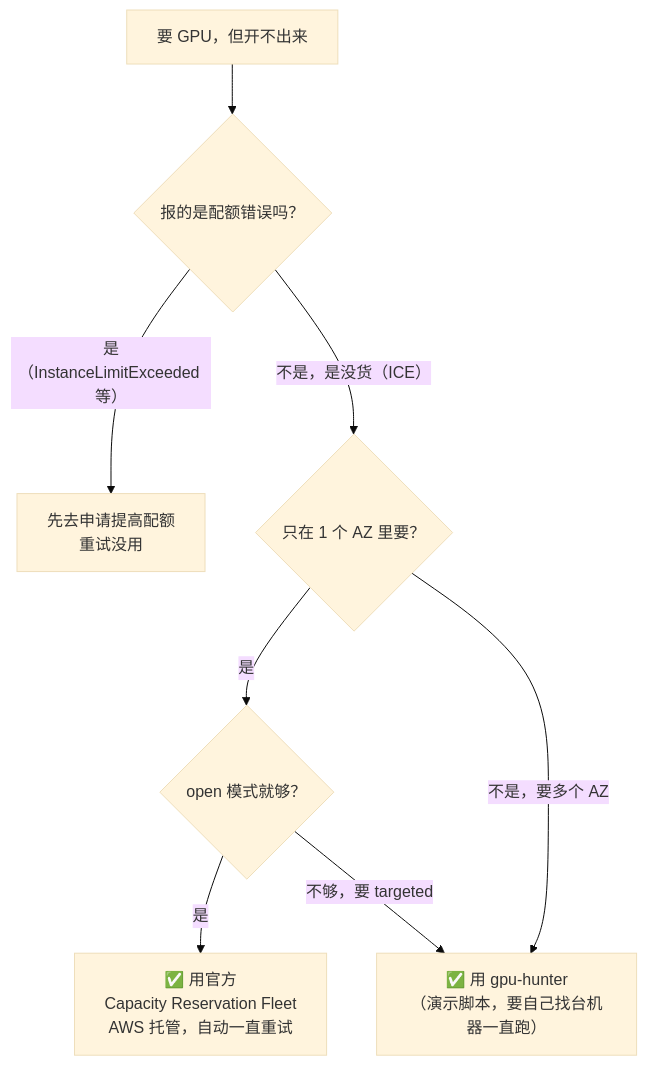
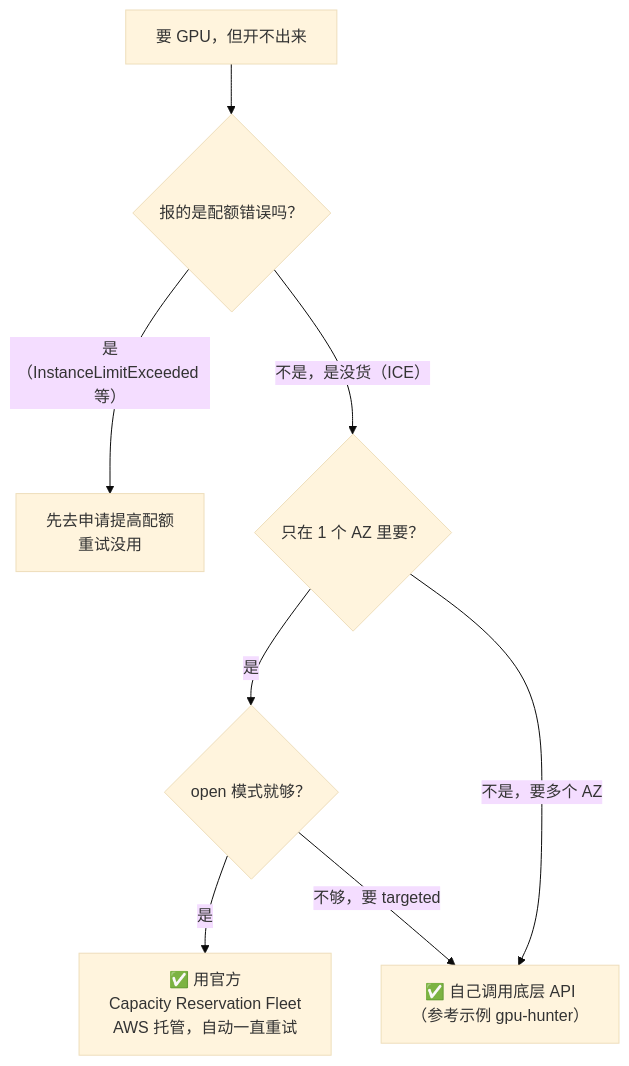
Before and after one commit to tsaol/gpu-hunter: the first of 8 diagrams in docs/MECHANISM.md, drawn with Mermaid (base theme). The commit also changed other lines of this file and 4 other files, not shown here.

````diff
--- a/docs/MECHANISM.md
+++ b/docs/MECHANISM.md
@@ -17,10 +18,10 @@
 ```mermaid
 flowchart TD
     A["要 GPU，但开不出来"] --> Q0{"报的是配额错误吗？"}
     Q0 -- "是（InstanceLimitExceeded 等）" --> QUOTA["先去申请提高配额<br/>重试没用"]
     Q0 -- "不是，是没货（ICE）" --> Q1{"只在 1 个 AZ 里要？"}
     Q1 -- 是 --> Q2{"open 模式就够？"}
     Q2 -- 是 --> FLEET["✅ 用官方<br/>Capacity Reservation Fleet<br/>AWS 托管，自动一直重试"]
     Q2 -- 不够，要 targeted --> HUNTER
-    Q1 -- 不是，要多个 AZ --> HUNTER["✅ 用 gpu-hunter<br/>（演示脚本，要自己找台机器一直跑）"]
+    Q1 -- 不是，要多个 AZ --> HUNTER["✅ 自己调用底层 API<br/>（参考示例 gpu-hunter）"]
 ```
````
